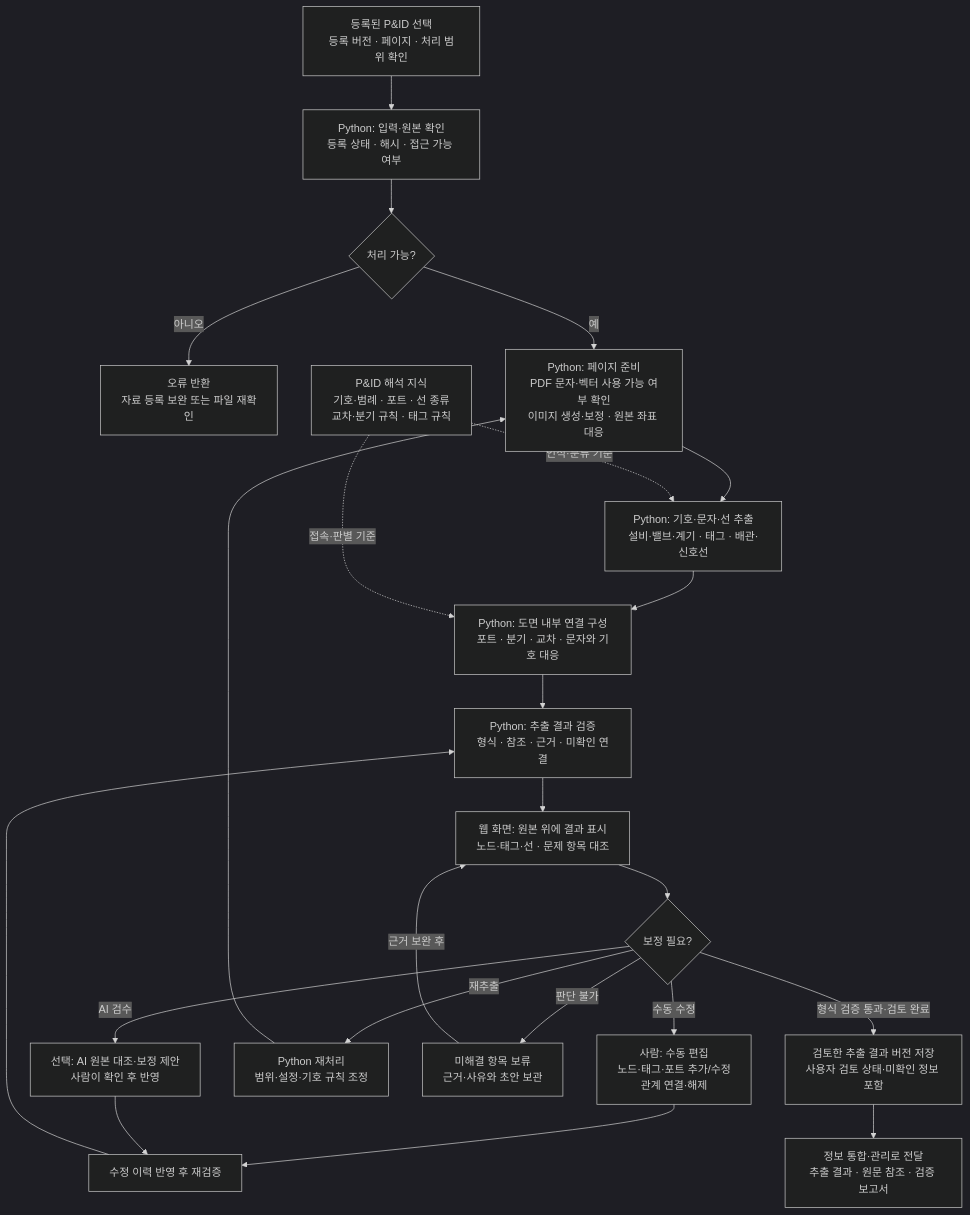
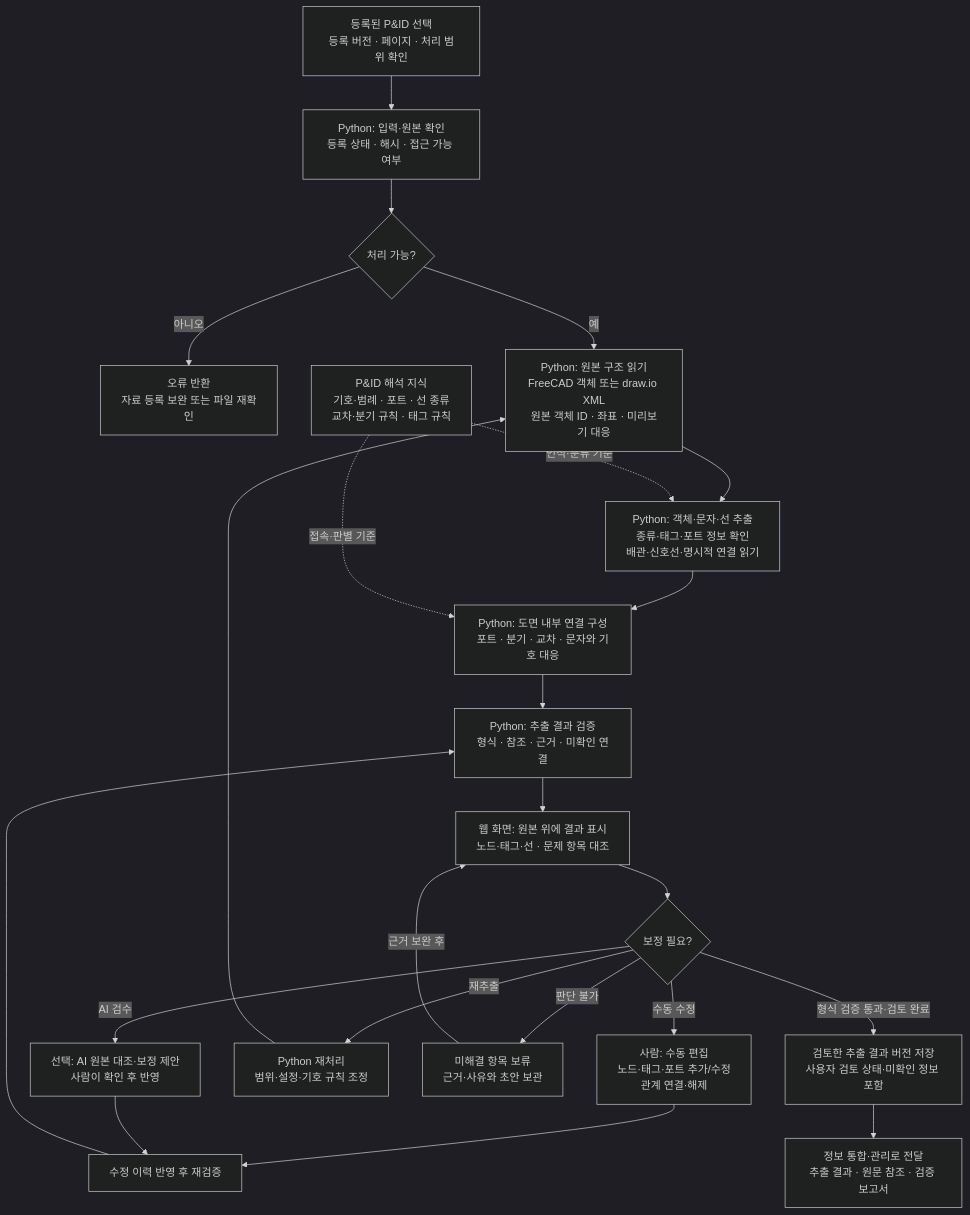
The diagram in flow chart/02-extraction.md (ReoDe/HAZOP), drawn with Mermaid (dark theme) before and after one commit. The commit also changed other lines of this file and 7 other files, not shown here.

Commit message:
Prioritize FreeCAD and draw.io source drawings

````diff
--- a/flow chart/02-extraction.md
+++ b/flow chart/02-extraction.md
@@ -14,33 +14,33 @@
 ```mermaid
 flowchart TB
     A["등록된 P&ID 선택<br/>등록 버전 · 페이지 · 처리 범위 확인"]
     B["Python: 입력·원본 확인<br/>등록 상태 · 해시 · 접근 가능 여부"]
     C{"처리 가능?"}
     X["오류 반환<br/>자료 등록 보완 또는 파일 재확인"]
-    D["Python: 페이지 준비<br/>PDF 문자·벡터 사용 가능 여부 확인<br/>이미지 생성·보정 · 원본 좌표 대응"]
-    E["Python: 기호·문자·선 추출<br/>설비·밸브·계기 · 태그 · 배관·신호선"]
+    D["Python: 원본 구조 읽기<br/>FreeCAD 객체 또는 draw.io XML<br/>원본 객체 ID · 좌표 · 미리보기 대응"]
+    E["Python: 객체·문자·선 추출<br/>종류·태그·포트 정보 확인<br/>배관·신호선·명시적 연결 읽기"]
     F["Python: 도면 내부 연결 구성<br/>포트 · 분기 · 교차 · 문자와 기호 대응"]
     G["Python: 추출 결과 검증<br/>형식 · 참조 · 근거 · 미확인 연결"]
     H["웹 화면: 원본 위에 결과 표시<br/>노드·태그·선 · 문제 항목 대조"]
     I{"보정 필요?"}
     J["사람: 수동 편집<br/>노드·태그·포트 추가/수정<br/>관계 연결·해제"]
     K["선택: AI 원본 대조·보정 제안<br/>사람이 확인 후 반영"]
     L["Python 재처리<br/>범위·설정·기호 규칙 조정"]
     M["수정 이력 반영 후 재검증"]
     N["미해결 항목 보류<br/>근거·사유와 초안 보관"]
     O["검토한 추출 결과 버전 저장<br/>사용자 검토 상태·미확인 정보 포함"]
     P["정보 통합·관리로 전달<br/>추출 결과 · 원문 참조 · 검증 보고서"]
     R["P&ID 해석 지식<br/>기호·범례 · 포트 · 선 종류<br/>교차·분기 규칙 · 태그 규칙"]
 
     A --> B --> C
     C -- "아니오" --> X
     C -- "예" --> D --> E --> F --> G --> H --> I
     R -. "인식·분류 기준" .-> E
     R -. "접속·판별 기준" .-> F
     I -- "수동 수정" --> J --> M --> G
     I -- "AI 검수" --> K --> M
     I -- "재추출" --> L --> D
     I -- "판단 불가" --> N
     N -- "근거 보완 후" --> H
     I -- "형식 검증 통과·검토 완료" --> O --> P
 ```
````
